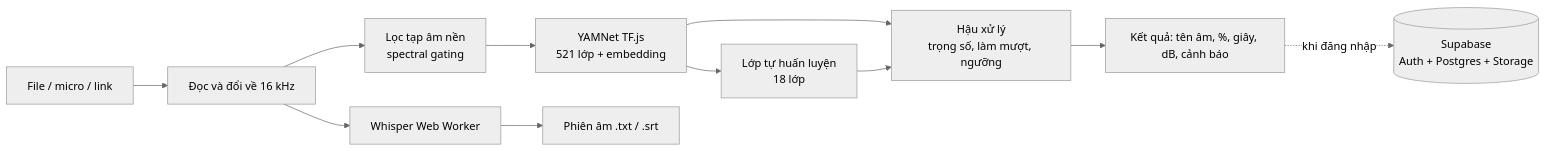
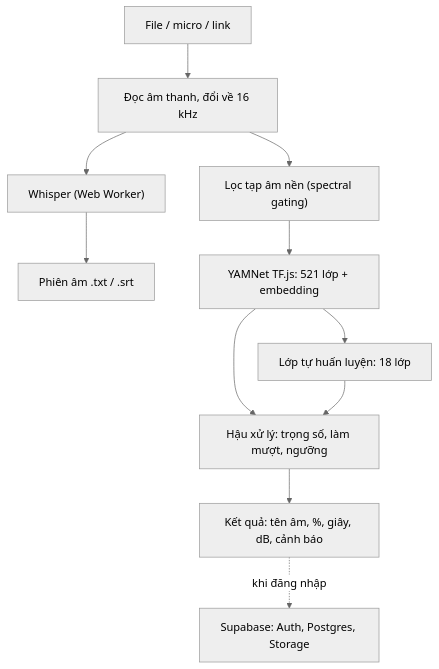
One commit to vxphuswe/urban-sound changed the diagram in README.md. Above: the diagram before and after it, drawn with Mermaid (neutral theme). The commit also changed other lines of this file and 7 other files, not shown here.

Commit message:
Cập nhật README, gắn link báo cáo tuần và báo cáo cuối kỳ (PDF, Word)

````diff
--- a/README.md
+++ b/README.md
@@ -56,12 +65,13 @@
 ```mermaid
-flowchart LR
-  A[File / micro / link] --> B[Đọc và đổi về 16 kHz]
-  B --> C[Lọc tạp âm nền<br/>spectral gating]
-  C --> D[YAMNet TF.js<br/>521 lớp + embedding]
-  D --> E[Lớp tự huấn luyện<br/>18 lớp]
-  D --> F[Hậu xử lý<br/>trọng số, làm mượt, ngưỡng]
+flowchart TB
+  A["File / micro / link"] --> B["Đọc âm thanh, đổi về 16 kHz"]
+  B --> C["Lọc tạp âm nền (spectral gating)"]
+  B --> H["Whisper (Web Worker)"]
+  H --> I["Phiên âm .txt / .srt"]
+  C --> D["YAMNet TF.js: 521 lớp + embedding"]
+  D --> E["Lớp tự huấn luyện: 18 lớp"]
+  D --> F["Hậu xử lý: trọng số, làm mượt, ngưỡng"]
   E --> F
-  F --> G[Kết quả: tên âm, %, giây, dB, cảnh báo]
-  B --> H[Whisper Web Worker] --> I[Phiên âm .txt / .srt]
-  G -. khi đăng nhập .-> J[(Supabase<br/>Auth + Postgres + Storage)]
+  F --> G["Kết quả: tên âm, %, giây, dB, cảnh báo"]
+  G -.->|khi đăng nhập| J["Supabase: Auth, Postgres, Storage"]
 ```
````
